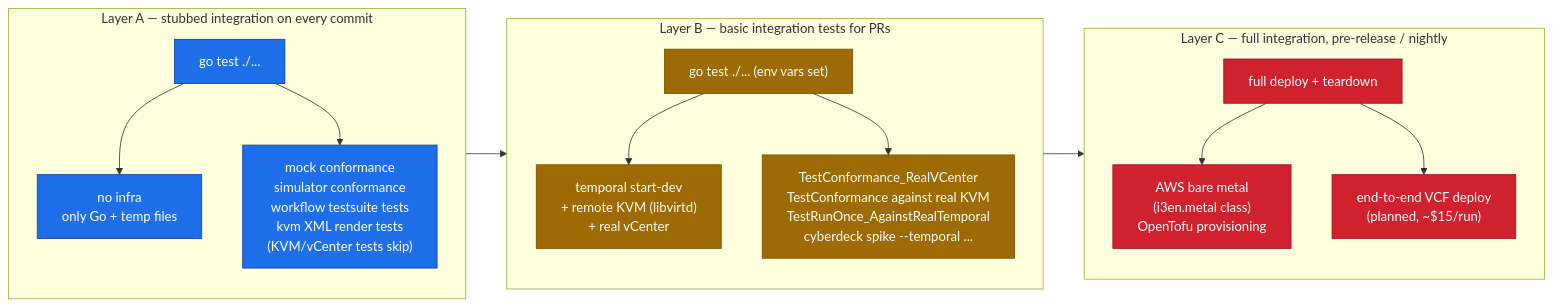
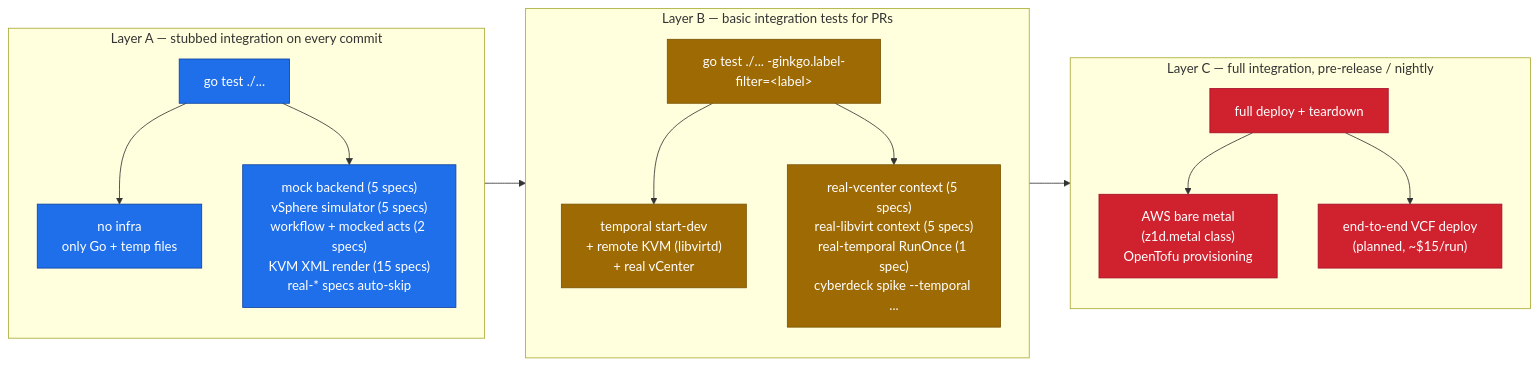
One commit to svrc/cyberdeck changed the diagram in docs/testing.md. Above: the diagram before and after it, drawn with Mermaid. The commit also changed other lines of this file and 1 other file, not shown here.

````diff
--- a/docs/testing.md
+++ b/docs/testing.md
@@ -5,35 +5,35 @@
 ```mermaid
 flowchart LR
     classDef A fill:#1f6feb,stroke:#0d419d,color:#fff
     classDef B fill:#9e6a03,stroke:#7a5300,color:#fff
     classDef C fill:#cf222e,stroke:#a40e26,color:#fff
 
     subgraph LayerA["Layer A — stubbed integration on every commit"]
         direction TB
         Atest["go test ./..."]:::A
         Adeps["no infra<br/>only Go + temp files"]:::A
-        Acov["mock conformance<br/>simulator conformance<br/>workflow testsuite tests<br/>kvm XML render tests<br/>(KVM/vCenter tests skip)"]:::A
+        Acov["mock backend (5 specs)<br/>vSphere simulator (5 specs)<br/>workflow + mocked acts (2 specs)<br/>KVM XML render (15 specs)<br/>real-* specs auto-skip"]:::A
         Atest --> Adeps
         Atest --> Acov
     end
 
     subgraph LayerB["Layer B — basic integration tests for PRs"]
         direction TB
-        Btest["go test ./... (env vars set)"]:::B
+        Btest["go test ./... -ginkgo.label-filter=&lt;label&gt;"]:::B
         Bdeps["temporal start-dev<br/>+ remote KVM (libvirtd)<br/>+ real vCenter"]:::B
-        Bcov["TestConformance_RealVCenter<br/>TestConformance against real KVM<br/>TestRunOnce_AgainstRealTemporal<br/>cyberdeck spike --temporal ..."]:::B
+        Bcov["real-vcenter context (5 specs)<br/>real-libvirt context (5 specs)<br/>real-temporal RunOnce (1 spec)<br/>cyberdeck spike --temporal ..."]:::B
         Btest --> Bdeps
         Btest --> Bcov
     end
 
     subgraph LayerC["Layer C — full integration, pre-release / nightly"]
         direction TB
         Ctest["full deploy + teardown"]:::C
-        Cdeps["AWS bare metal<br/>(i3en.metal class)<br/>OpenTofu provisioning"]:::C
+        Cdeps["AWS bare metal<br/>(z1d.metal class)<br/>OpenTofu provisioning"]:::C
         Ccov["end-to-end VCF deploy<br/>(planned, ~$15/run)"]:::C
         Ctest --> Cdeps
         Ctest --> Ccov
     end
 
     LayerA --> LayerB --> LayerC
 ```
````
